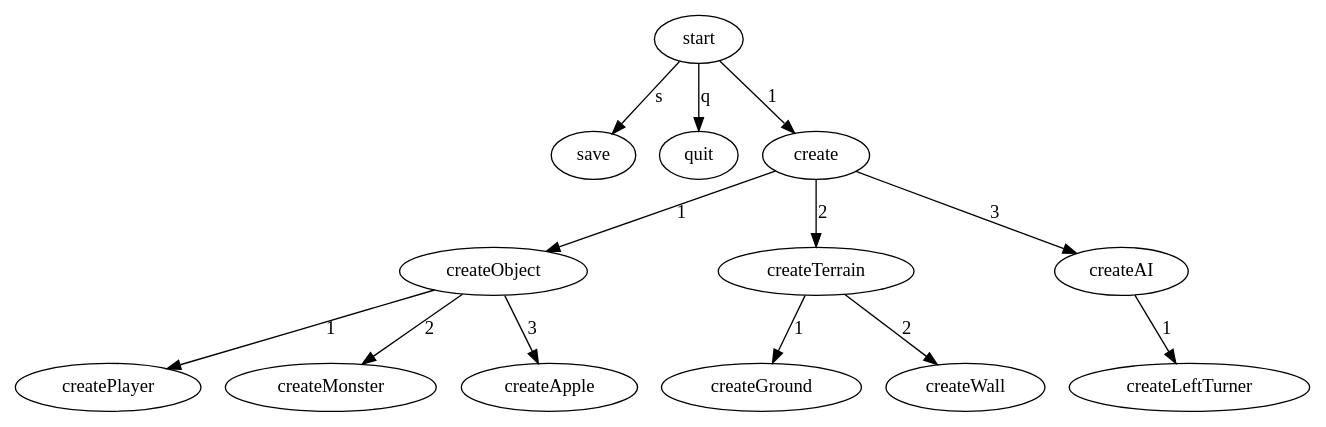
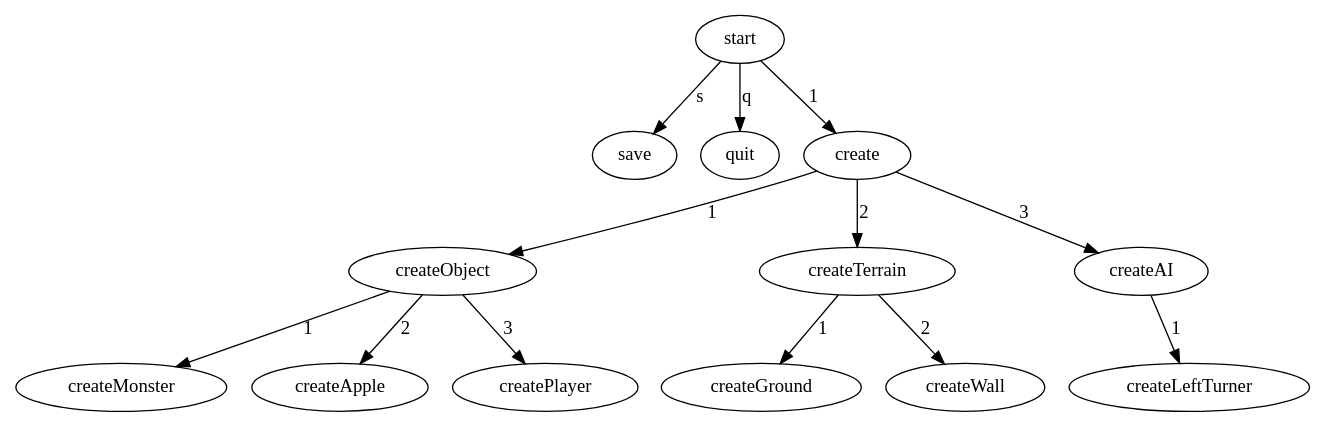
Before and after one commit to aecepoglu/aecs-top-down-game-engine: the diagram in level-editor-usage.dot, drawn with Graphviz. The commit also changed 12 other files, not shown here.

```diff
--- a/level-editor-usage.dot
+++ b/level-editor-usage.dot
@@ -1,18 +1,18 @@
 digraph levelEditorUsage {
 	start -> save [ label="s"];
 	start -> quit [ label="q"];
 	start -> create [ label="1"];
 
 	create -> createObject [ label="1"];
 	create -> createTerrain [ label="2"];
 	create -> createAI [ label="3"];
 
-	createObject -> createPlayer [ label="1"];
-	createObject -> createMonster [ label="2"];
-	createObject -> createApple [ label="3"];
+	createObject -> createMonster [ label="1"];
+	createObject -> createApple [ label="2"];
+	createObject -> createPlayer [ label="3"];
 
 	createTerrain -> createGround [ label="1"];
 	createTerrain -> createWall [ label="2"];
 
 	createAI -> createLeftTurner [ label="1"];
 }
```
